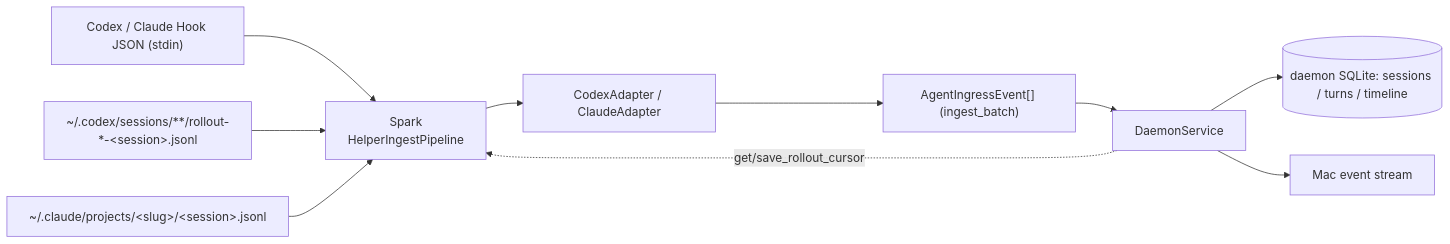
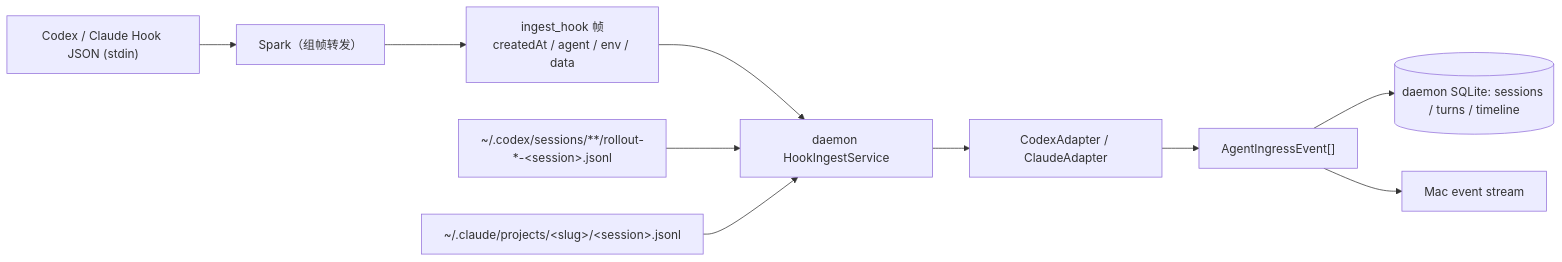
The diagram in docs/design/agent-hook.md (AFutureD/Lumi), drawn with Mermaid before and after one commit. The commit also changed other lines of this file and 47 other files, not shown here.

````diff
--- a/docs/design/agent-hook.md
+++ b/docs/design/agent-hook.md
@@ -15,12 +17,12 @@
 ```mermaid
 flowchart LR
-    HookJSON["Codex / Claude Hook JSON (stdin)"] --> Helper["Spark\nHelperIngestPipeline"]
-    Rollout["~/.codex/sessions/**/rollout-*-&lt;session&gt;.jsonl"] --> Helper
-    Transcript["~/.claude/projects/&lt;slug&gt;/&lt;session&gt;.jsonl"] --> Helper
-    Helper --> Adapter["CodexAdapter / ClaudeAdapter"]
-    Adapter --> Event["AgentIngressEvent[] (ingest_batch)"]
-    Event --> Daemon["DaemonService"]
-    Daemon --> SQLite[("daemon SQLite: sessions / turns / timeline")]
-    Daemon --> Stream["Mac event stream"]
-    Daemon -. get/save_rollout_cursor .-> Helper
+    HookJSON["Codex / Claude Hook JSON (stdin)"] --> Helper["Spark（组帧转发）"]
+    Helper --> Frame["ingest_hook 帧\ncreatedAt / agent / env / data"]
+    Frame --> Service["daemon HookIngestService"]
+    Rollout["~/.codex/sessions/**/rollout-*-&lt;session&gt;.jsonl"] --> Service
+    Transcript["~/.claude/projects/&lt;slug&gt;/&lt;session&gt;.jsonl"] --> Service
+    Service --> Adapter["CodexAdapter / ClaudeAdapter"]
+    Adapter --> Event["AgentIngressEvent[]"]
+    Event --> SQLite[("daemon SQLite: sessions / turns / timeline")]
+    Event --> Stream["Mac event stream"]
 ```
````
